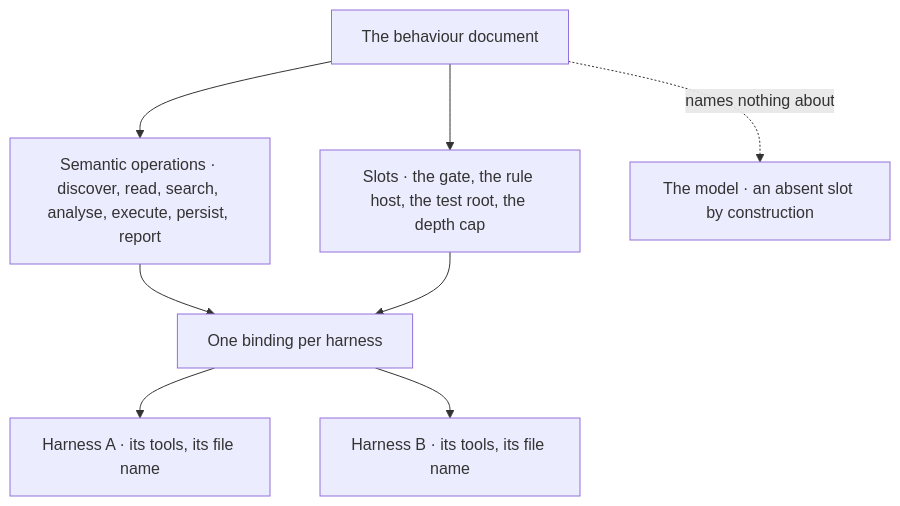
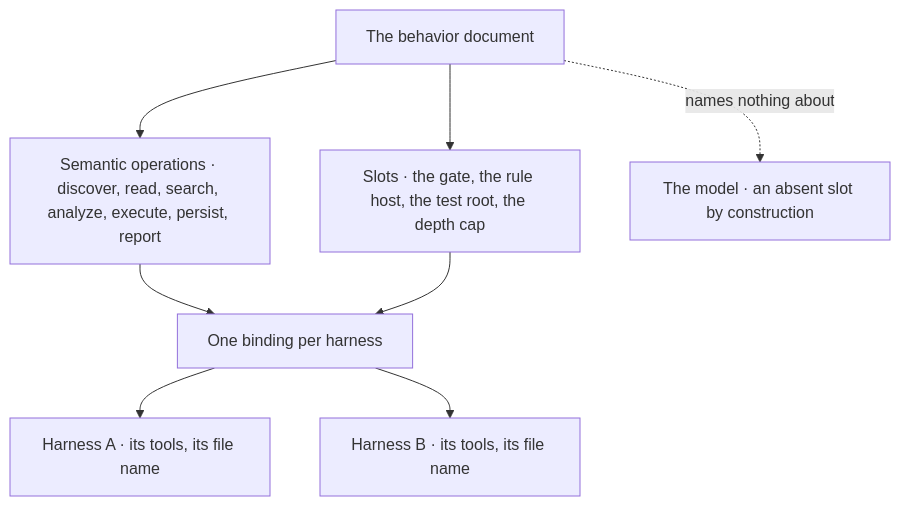
Diagram 12 of 15 in START.md (Varietyz/Disciplined-AI-Software-Development), drawn with Mermaid before and after one commit. The commit also changed other lines of this file and 672 other files, not shown here.

````diff
--- a/START.md
+++ b/START.md
@@ -545,15 +545,15 @@
 ```mermaid
 flowchart TB
-policy["The behaviour document"]
-operations["Semantic operations · discover, read, search, analyse, execute, persist, report"]
+policy["The behavior document"]
+operations["Semantic operations · discover, read, search, analyze, execute, persist, report"]
 slots["Slots · the gate, the rule host, the test root, the depth cap"]
 binding["One binding per harness"]
 toolsA["Harness A · its tools, its file name"]
 toolsB["Harness B · its tools, its file name"]
 model["The model · an absent slot by construction"]
 policy --> operations --> binding
 policy --> slots --> binding
 binding --> toolsA
 binding --> toolsB
 policy -. names nothing about .-> model
 ```
````
